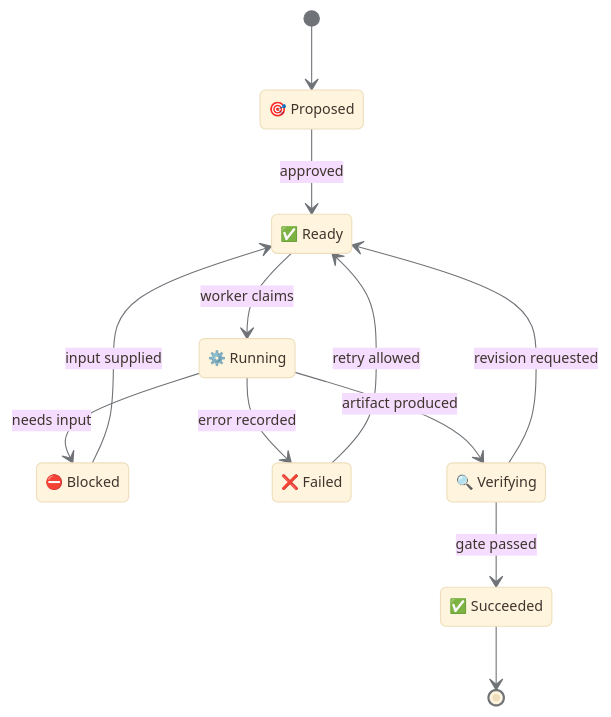
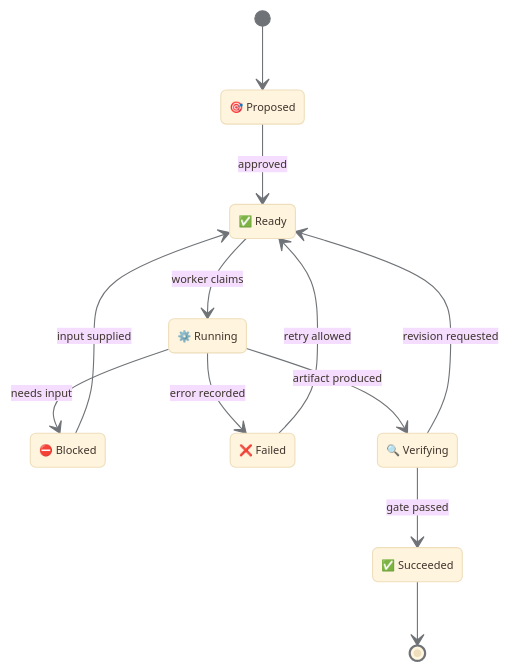
The third of 3 diagrams in _posts/2026-09-23-the-agentic-monolith.md (enogrob/enogrob.github.io), drawn with Mermaid before and after one commit. The commit also changed other lines of this file and 1 other file, not shown here.

````diff
--- a/_posts/2026-09-23-the-agentic-monolith.md
+++ b/_posts/2026-09-23-the-agentic-monolith.md
@@ -421,32 +410,32 @@
 ```mermaid!
-%%{init: {'theme':'base','flowchart':{'useMaxWidth':true,'htmlLabels':true,'nodeSpacing':48,'rankSpacing':58,'curve':'basis'},'themeVariables':{'background':'#FFF8EF','primaryTextColor':'#3E342C','lineColor':'#6F7377','fontFamily':'Trebuchet MS, Verdana, sans-serif','fontSize':'13px','clusterBkg':'#FBF4E7','clusterBorder':'#B8A17D'}}}%%
+%%{init: {'theme':'base','flowchart':{'useMaxWidth':true,'htmlLabels':true,'nodeSpacing':48,'rankSpacing':58,'curve':'basis'},'themeVariables':{'background':'#FFF8EF','primaryTextColor':'#3E342C','lineColor':'#6F7377','fontFamily':'Trebuchet MS, Verdana, sans-serif','fontSize':'10px','clusterBkg':'#FBF4E7','clusterBorder':'#B8A17D'}}}%%
 stateDiagram-v2
   state "🎯 Proposed" as Proposed
   state "✅ Ready" as Ready
   state "⚙️ Running" as Running
   state "⛔ Blocked" as Blocked
   state "❌ Failed" as Failed
   state "🔍 Verifying" as Verifying
   state "✅ Succeeded" as Succeeded
   [*] --> Proposed
   Proposed --> Ready: approved
   Ready --> Running: worker claims
   Running --> Blocked: needs input
   Blocked --> Ready: input supplied
   Running --> Failed: error recorded
   Failed --> Ready: retry allowed
   Running --> Verifying: artifact produced
   Verifying --> Ready: revision requested
   Verifying --> Succeeded: gate passed
   Succeeded --> [*]
   classDef blue fill:#D9EAF7,stroke:#7AA6C2,color:#3E342C,stroke-width:2px;
   classDef purple fill:#E8DDF5,stroke:#A68BC4,color:#3E342C,stroke-width:2px;
   classDef orange fill:#F8DFC4,stroke:#C9986D,color:#3E342C,stroke-width:2px;
   classDef rose fill:#F6D6DD,stroke:#C98798,color:#3E342C,stroke-width:2px;
   classDef green fill:#DCEFD6,stroke:#86A878,color:#3E342C,stroke-width:2px;
   class Proposed blue;
   class Ready,Verifying purple;
   class Running orange;
   class Blocked,Failed rose;
   class Succeeded green;
 ```
````
